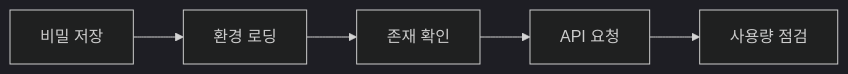
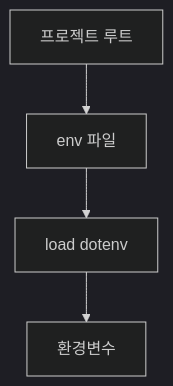
One commit to umyunsang/edu changed the second of 2 diagrams in ComputerScience/03_ai-ml-data/large-language-models/notes/144. OpenAI API 키·결제·환경변수.md. Above: the diagram before and after it, drawn with Mermaid (dark theme). The commit also changed other lines of this file and 7 other files, not shown here.

````diff
--- a/ComputerScience/03_ai-ml-data/large-language-models/notes/144. OpenAI API 키·결제·환경변수.md
+++ b/ComputerScience/03_ai-ml-data/large-language-models/notes/144. OpenAI API 키·결제·환경변수.md
@@ -125,7 +110,6 @@
 ```mermaid
-flowchart LR
-    A[비밀 저장] --> B[환경 로딩]
-    B --> C[존재 확인]
-    C --> D[API 요청]
-    D --> E[사용량 점검]
+flowchart TB
+    A[프로젝트 루트] --> B[env 파일]
+    B --> C[load dotenv]
+    C --> D[환경변수]
 ```
````
